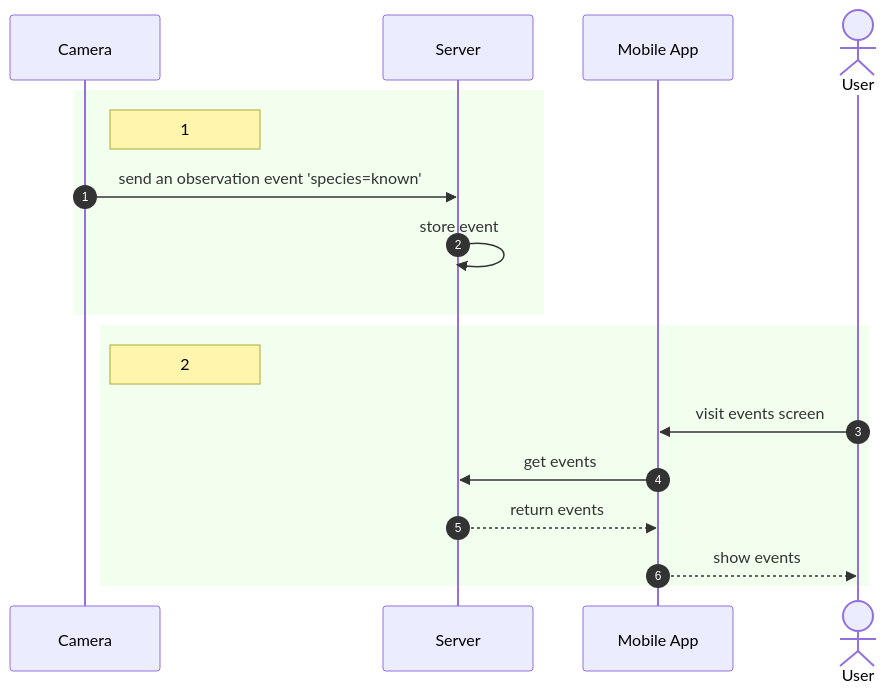
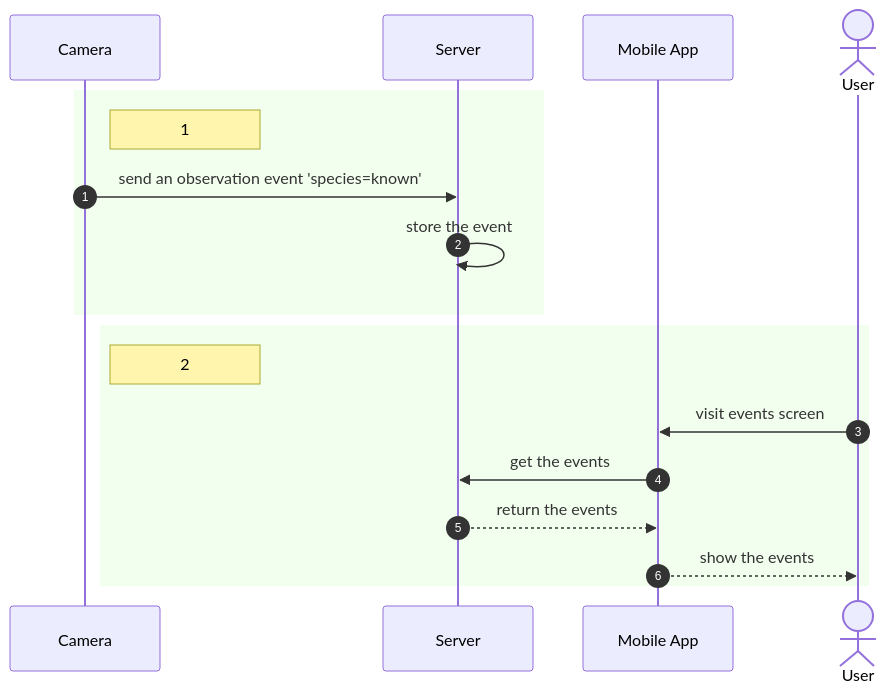
One commit to dscherbak/rapid-response-katas changed the first of 4 diagrams in README.md. Above: the diagram before and after it, drawn with Mermaid. The commit also changed other lines of this file, not shown here.

````diff
--- a/README.md
+++ b/README.md
@@ -182,22 +182,22 @@
 ```mermaid
 sequenceDiagram
   participant cam as Camera
   participant serv as Server
   participant ui as Mobile App
   actor u as User
   autonumber
 
   rect rgba(128, 255, 100, 0.1)
     note right of cam: 1
     cam ->> serv: send an observation event 'species=known'
-    serv ->> serv: store event
+    serv ->> serv: store the event
   end
 
   rect rgba(128, 255, 100, 0.1)
     note right of cam: 2
     u ->> ui: visit events screen
-    ui ->> serv: get events
-    serv -->> ui: return events
-    ui -->> u: show events
+    ui ->> serv: get the events
+    serv -->> ui: return the events
+    ui -->> u: show the events
   end
 ```
````
